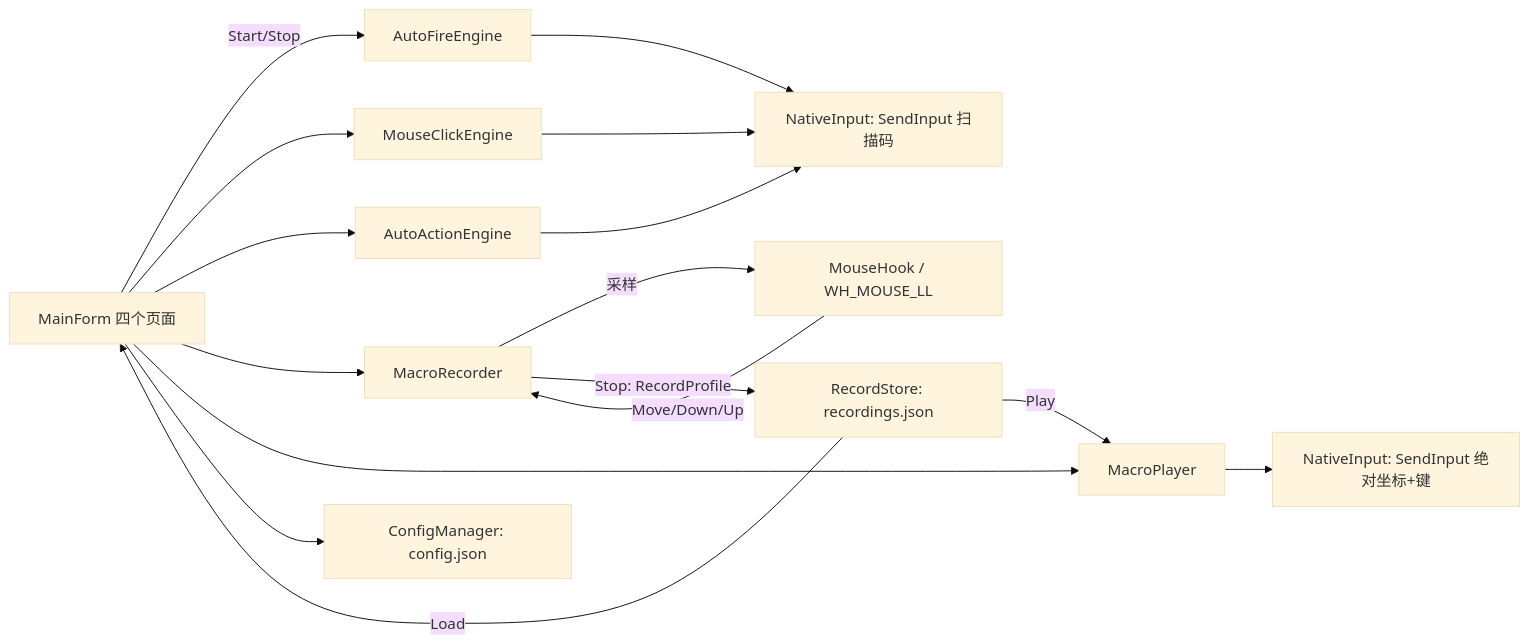
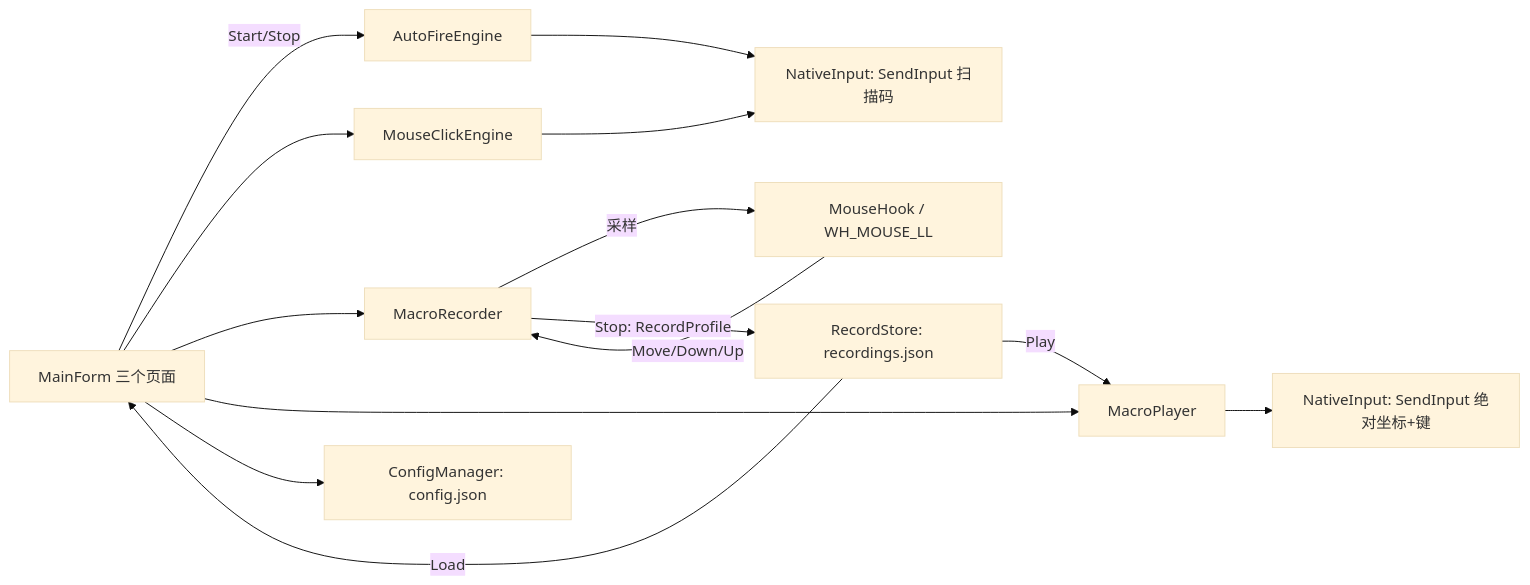
Before and after one commit to wp993080086/dnf-autofire: the first of 2 diagrams in docs/PLAN-v1.2.0.md, drawn with Mermaid (base theme). The commit also changed other lines of this file, not shown here.

First line of the commit message:
docs: 方案改为「自动连按并入按键页」，取消第 4 个 Tab 与 AutoActionEngine

````diff
--- a/docs/PLAN-v1.2.0.md
+++ b/docs/PLAN-v1.2.0.md
@@ -95,18 +99,16 @@
 ```mermaid
 flowchart LR
-    UI[MainForm 四个页面] -->|Start/Stop| E1[AutoFireEngine]
+    UI[MainForm 三个页面] -->|Start/Stop| E1[AutoFireEngine]
     UI --> E2[MouseClickEngine]
-    UI --> E3[AutoActionEngine]
     UI --> R[MacroRecorder]
     UI --> P[MacroPlayer]
     R -->|采样| H[MouseHook / WH_MOUSE_LL]
     E1 --> NI[NativeInput: SendInput 扫描码]
     E2 --> NI
-    E3 --> NI
     P --> NI2[NativeInput: SendInput 绝对坐标+键]
     H -->|Move/Down/Up| R
     R -->|Stop: RecordProfile| S[RecordStore: recordings.json]
     S -->|Load| UI
     S -->|Play| P
     UI --> C[ConfigManager: config.json]
 ```
````
